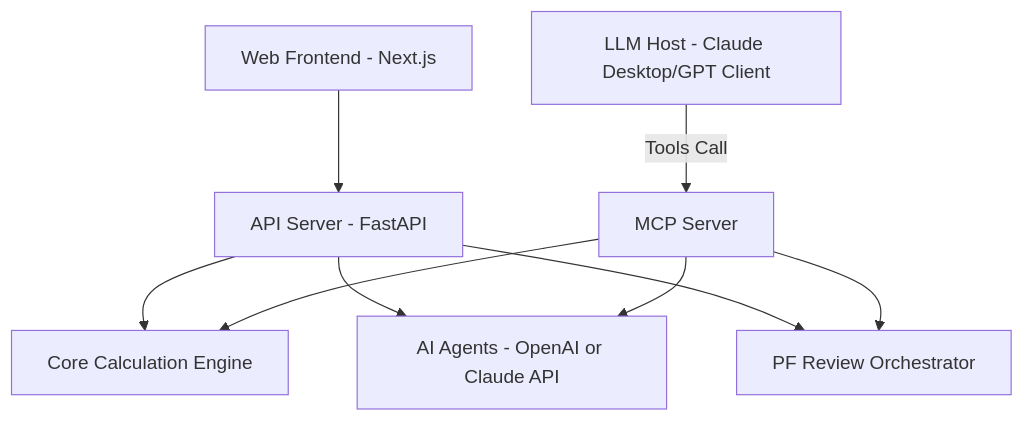
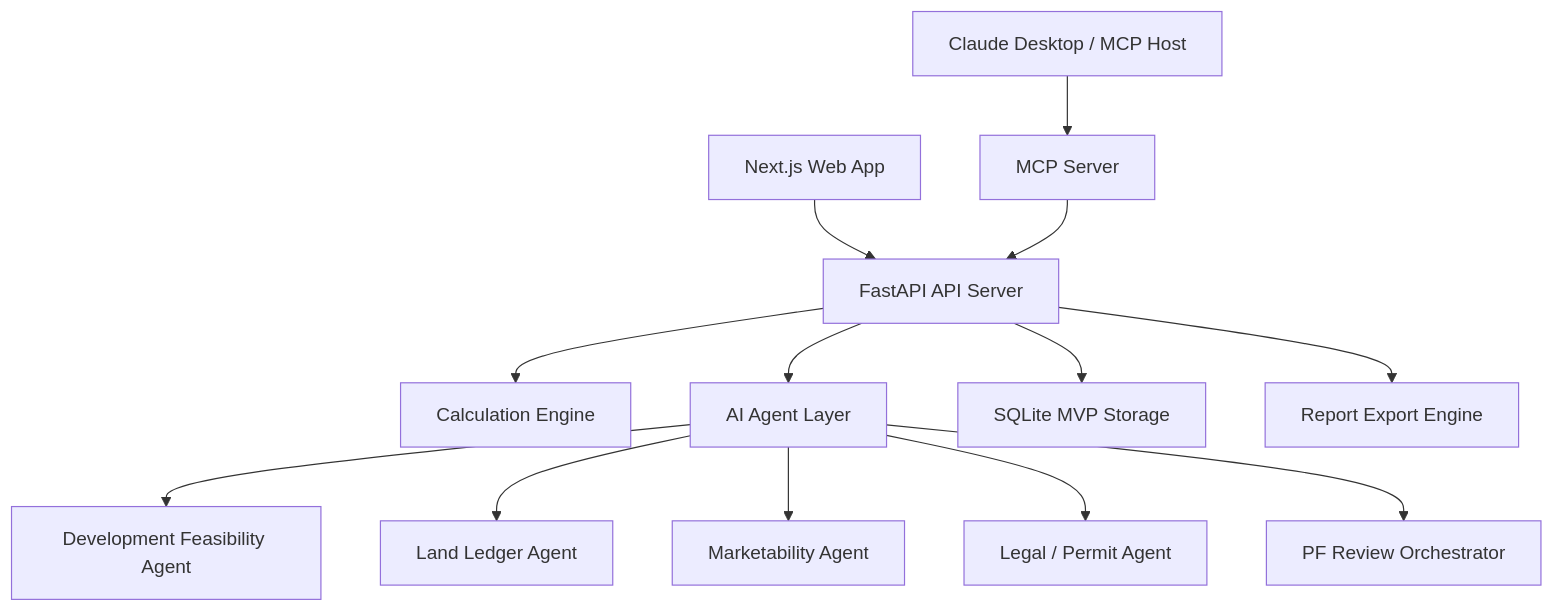
Before and after one commit to parkwh79-stack/real-estate-os: the diagram in README.md, drawn with Mermaid. The commit also changed other lines of this file, not shown here.

````diff
--- a/README.md
+++ b/README.md
@@ -31,11 +308,15 @@
 ```mermaid
 graph TD
-    A[Web Frontend - Next.js] --> B[API Server - FastAPI]
-    B --> C[Core Calculation Engine]
-    B --> D[AI Agents - OpenAI or Claude API]
-    B --> G[PF Review Orchestrator]
-    E[MCP Server] --> C
-    E --> D
-    E --> G
-    F[LLM Host - Claude Desktop/GPT Client] -- Tools Call --> E
+    Web[Next.js Web App] --> API[FastAPI API Server]
+    API --> Calc[Calculation Engine]
+    API --> Agents[AI Agent Layer]
+    API --> Store[SQLite MVP Storage]
+    API --> Reports[Report Export Engine]
+    Agents --> Feasibility[Development Feasibility Agent]
+    Agents --> Land[Land Ledger Agent]
+    Agents --> Market[Marketability Agent]
+    Agents --> Legal[Legal / Permit Agent]
+    Agents --> Orchestrator[PF Review Orchestrator]
+    MCP[MCP Server] --> API
+    Claude[Claude Desktop / MCP Host] --> MCP
 ```
````
